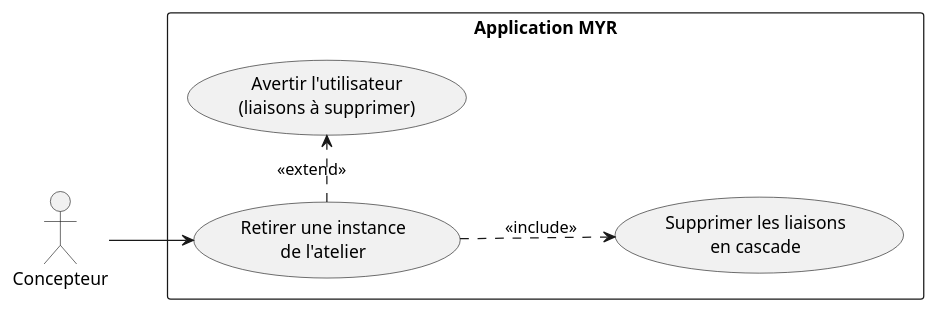
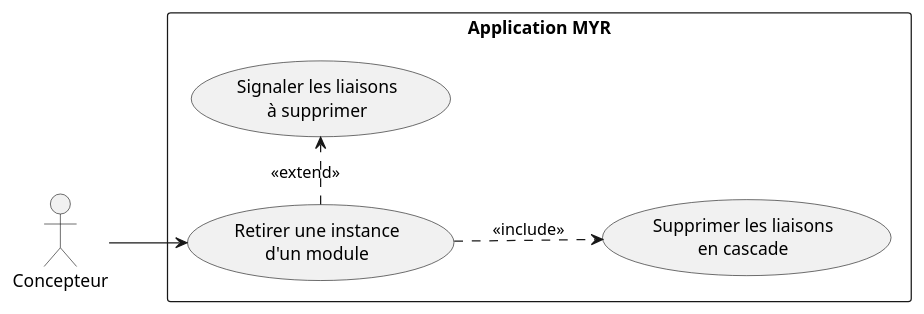
The first of 2 diagrams in specs/2-Analyse/UCAM-Atelier_Module/UCAM08.md (olivaux/myr), drawn with PlantUML before and after one commit. The commit also changed other lines of this file and 72 other files, not shown here.

````diff
--- a/specs/2-Analyse/UCAM-Atelier_Module/UCAM08.md
+++ b/specs/2-Analyse/UCAM-Atelier_Module/UCAM08.md
@@ -14,18 +14,18 @@
 ```plantuml
 @startuml
 left to right direction
 
 actor "Concepteur" as C
 
 rectangle "Application MYR" {
-    usecase "Retirer une instance\nde l'atelier" as UC1
-    usecase "Avertir l'utilisateur\n(liaisons à supprimer)" as UC2
+    usecase "Retirer une instance\nd'un module" as UC1
+    usecase "Signaler les liaisons\nà supprimer" as UC2
     usecase "Supprimer les liaisons\nen cascade" as UC3
 }
 
 C --> UC1
 UC1 .> UC2 : <<extend>>
 UC1 ..> UC3 : <<include>>
 
 @enduml
 ```
````
